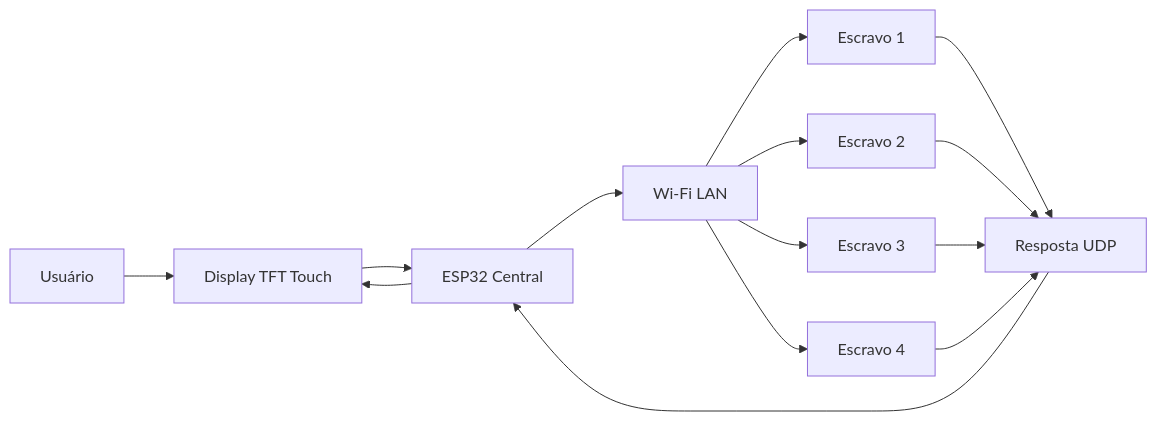
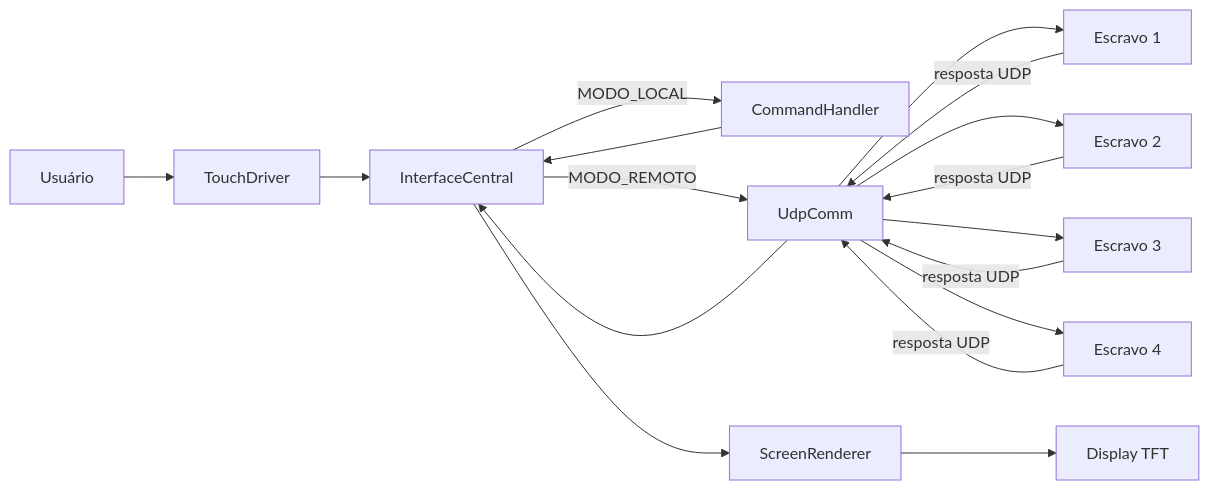
Before and after one commit to paulocfmarques-collab/esp32_central: the diagram in README.md, drawn with Mermaid. The commit also changed other lines of this file, not shown here.

````diff
--- a/README.md
+++ b/README.md
@@ -60,19 +89,15 @@
 ```mermaid
 graph LR
-    A[Usuário] --> B[Display TFT Touch]
-    B --> C[ESP32 Central]
-    C --> D[Wi‑Fi LAN]
-
-    D --> E[Escravo 1]
-    D --> F[Escravo 2]
-    D --> G[Escravo 3]
-    D --> H[Escravo 4]
-
-    E --> I[Resposta UDP]
-    F --> I
-    G --> I
-    H --> I
-
-    I --> C
-    C --> B
+    U[Usuário] --> T[TouchDriver]
+    T --> I[InterfaceCentral]
+    I -->|MODO_LOCAL| C[CommandHandler]
+    I -->|MODO_REMOTO| P[UdpComm]
+    P --> E1[Escravo 1]
+    P --> E2[Escravo 2]
+    P --> E3[Escravo 3]
+    P --> E4[Escravo 4]
+    E1 & E2 & E3 & E4 -->|resposta UDP| P
+    C --> I
+    P --> I
+    I --> R[ScreenRenderer] --> D[Display TFT]
 ```
````
